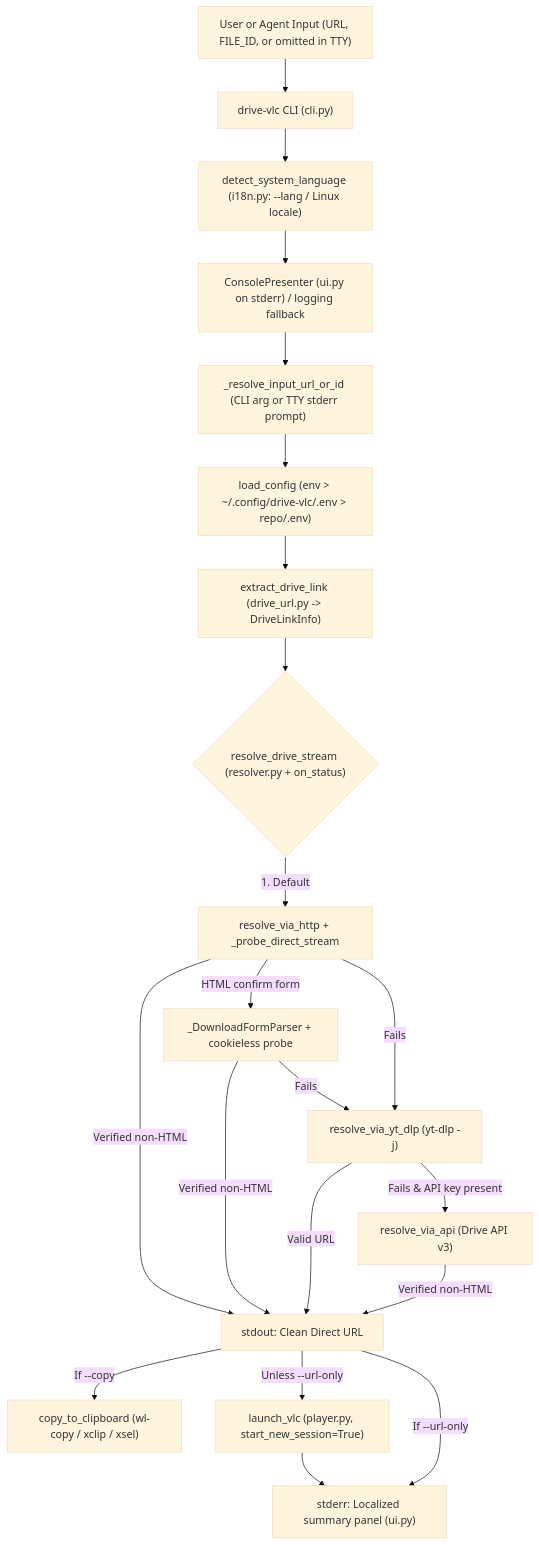
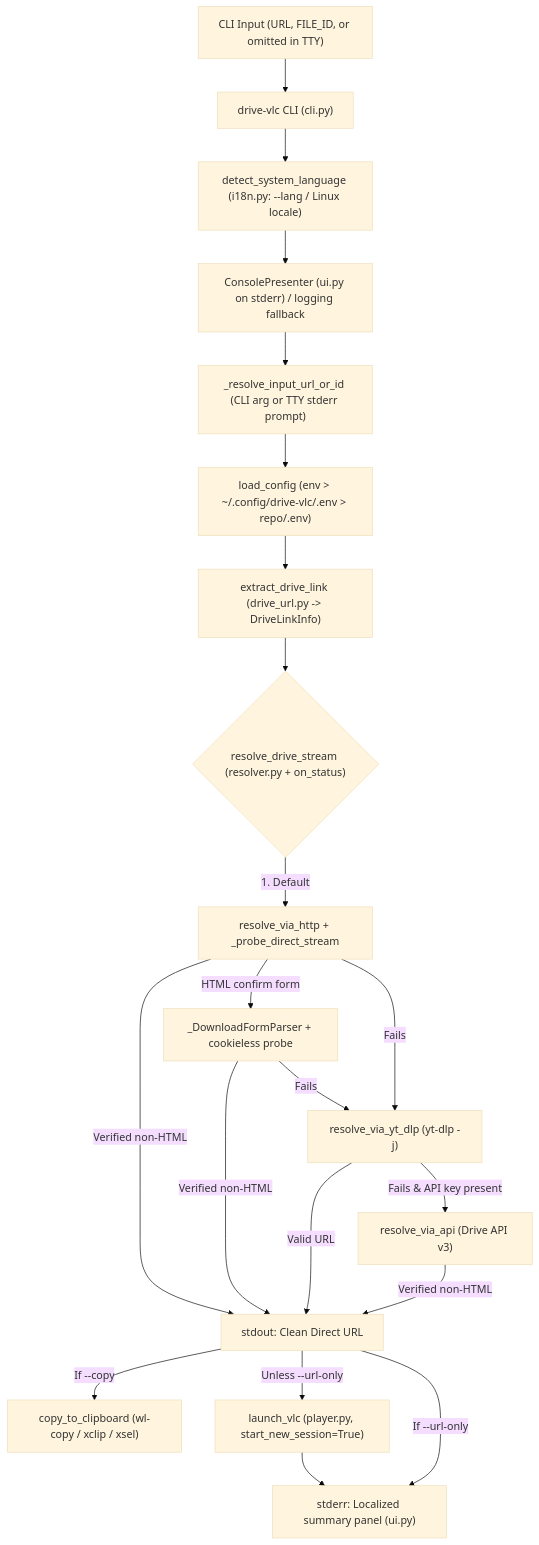
Before and after one commit to seyerjo/DriveStream-VLC: the diagram in docs/02_engineering_guidelines.md, drawn with Mermaid (base theme). The commit also changed other lines of this file and 1 other file, not shown here.

Commit message:
docs(public): remove internal AI-agent and chat references

````diff
--- a/docs/02_engineering_guidelines.md
+++ b/docs/02_engineering_guidelines.md
@@ -7,23 +7,23 @@
 ```mermaid
 flowchart TD
-    UserInput["User or Agent Input (URL, FILE_ID, or omitted in TTY)"] --> Entry["drive-vlc CLI (cli.py)"]
+    UserInput["CLI Input (URL, FILE_ID, or omitted in TTY)"] --> Entry["drive-vlc CLI (cli.py)"]
     Entry --> Locale["detect_system_language (i18n.py: --lang / Linux locale)"]
     Locale --> UI["ConsolePresenter (ui.py on stderr) / logging fallback"]
     UI --> Prompt["_resolve_input_url_or_id (CLI arg or TTY stderr prompt)"]
     Prompt --> Config["load_config (env > ~/.config/drive-vlc/.env > repo/.env)"]
     Config --> Extract["extract_drive_link (drive_url.py -> DriveLinkInfo)"]
     Extract --> Cascade{"resolve_drive_stream (resolver.py + on_status)"}
     Cascade -->|"1. Default"| Http["resolve_via_http + _probe_direct_stream"]
     Http -->|"HTML confirm form"| Form["_DownloadFormParser + cookieless probe"]
     Form -->|"Fails"| YtDlp["resolve_via_yt_dlp (yt-dlp -j)"]
     Http -->|"Fails"| YtDlp
     YtDlp -->|"Fails & API key present"| Api["resolve_via_api (Drive API v3)"]
     Http -->|"Verified non-HTML"| Output["stdout: Clean Direct URL"]
     Form -->|"Verified non-HTML"| Output
     YtDlp -->|"Valid URL"| Output
     Api -->|"Verified non-HTML"| Output
     Output -->|"If --copy"| Clip["copy_to_clipboard (wl-copy / xclip / xsel)"]
     Output -->|"Unless --url-only"| Vlc["launch_vlc (player.py, start_new_session=True)"]
     Vlc --> Summary["stderr: Localized summary panel (ui.py)"]
     Output -->|"If --url-only"| Summary
 ```
````
